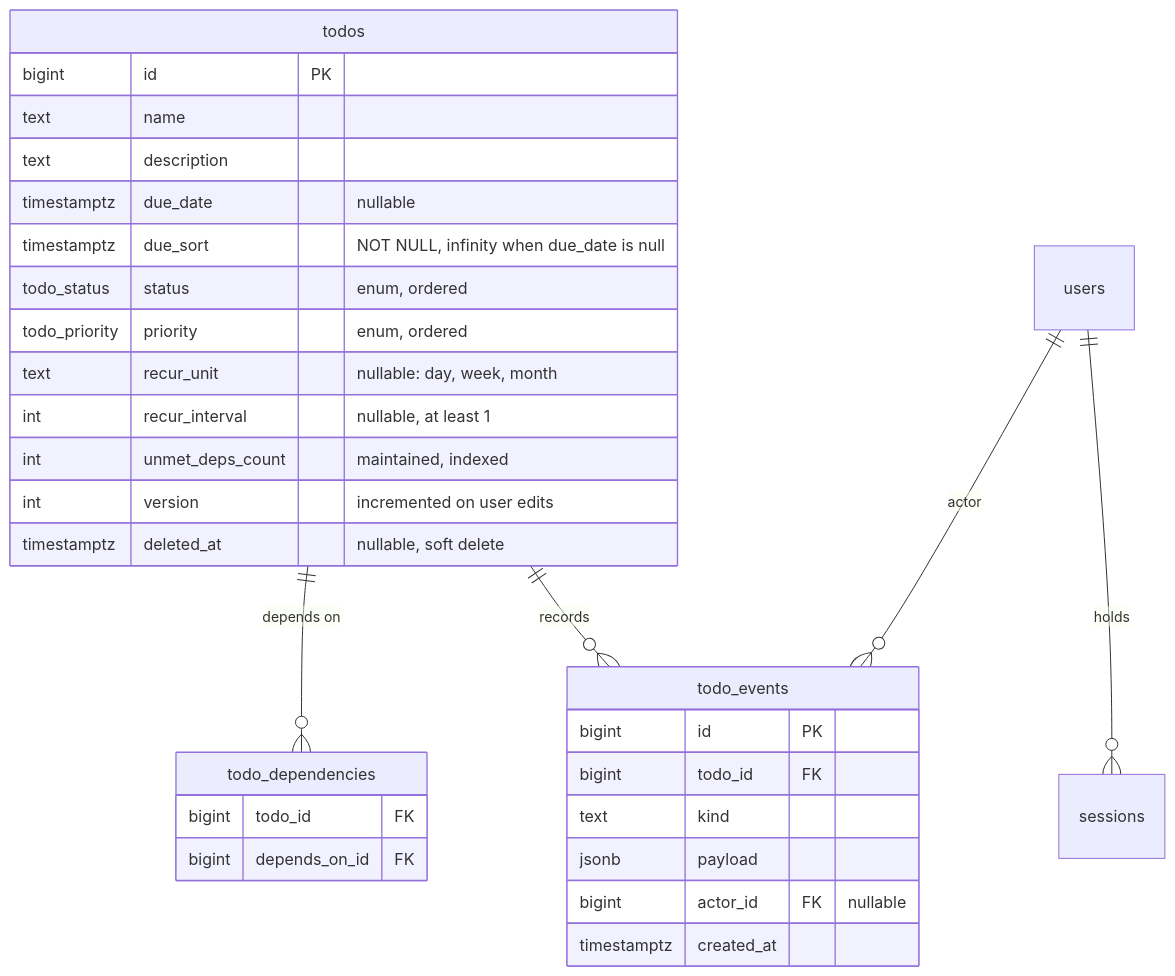
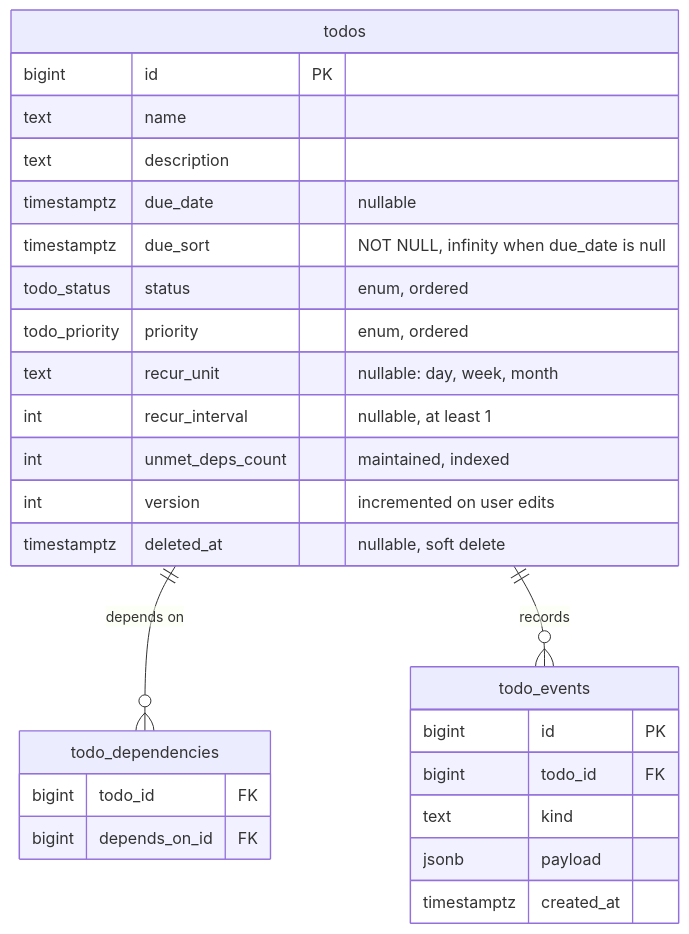
One commit to jiachwen99/sf-assignment changed the second of 5 diagrams in ARCHITECTURE.md. Above: the diagram before and after it, drawn with Mermaid. The commit also changed other lines of this file and 6 other files, not shown here.

````diff
--- a/ARCHITECTURE.md
+++ b/ARCHITECTURE.md
@@ -47,34 +48,31 @@
 ```mermaid
 erDiagram
   todos ||--o{ todo_dependencies : "depends on"
   todos ||--o{ todo_events : "records"
-  users ||--o{ todo_events : "actor"
-  users ||--o{ sessions : "holds"
 
   todos {
     bigint id PK
     text name
     text description
     timestamptz due_date "nullable"
     timestamptz due_sort "NOT NULL, infinity when due_date is null"
     todo_status status "enum, ordered"
     todo_priority priority "enum, ordered"
     text recur_unit "nullable: day, week, month"
     int recur_interval "nullable, at least 1"
     int unmet_deps_count "maintained, indexed"
     int version "incremented on user edits"
     timestamptz deleted_at "nullable, soft delete"
   }
   todo_dependencies {
     bigint todo_id FK
     bigint depends_on_id FK
   }
   todo_events {
     bigint id PK
     bigint todo_id FK
     text kind
     jsonb payload
-    bigint actor_id FK "nullable"
     timestamptz created_at
   }
 ```
````
